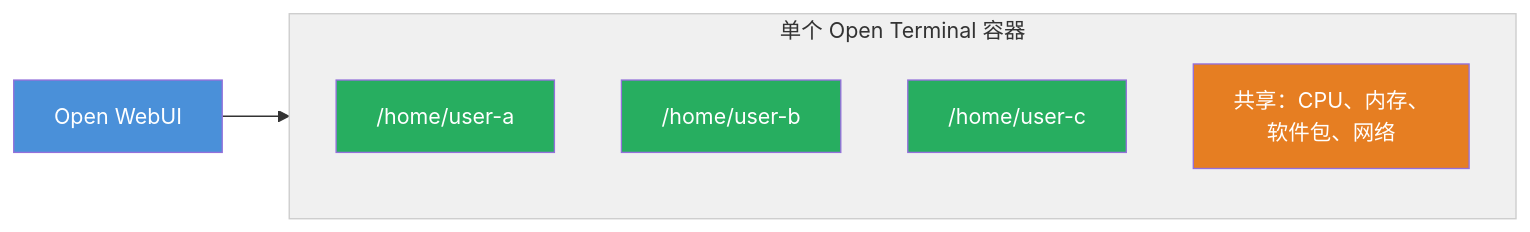
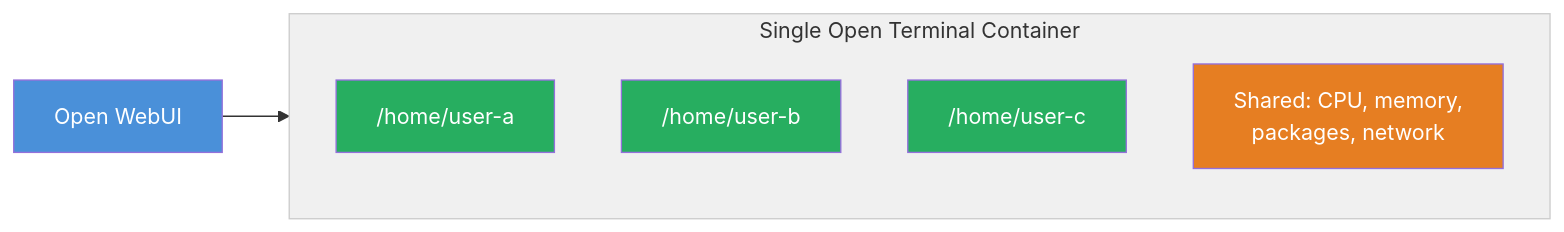
The first of 2 diagrams in zh-cn/docs/features/open-terminal/advanced/multi-user.md (SMYQH/openwebuidocs), drawn with Mermaid before and after one commit. The commit also changed other lines of this file and 116 other files, not shown here.

````diff
--- a/zh-cn/docs/features/open-terminal/advanced/multi-user.md
+++ b/zh-cn/docs/features/open-terminal/advanced/multi-user.md
@@ -69,21 +73,21 @@
 ```mermaid
 flowchart LR
     OW["Open WebUI"]
 
-    subgraph container ["单个 Open Terminal 容器"]
+    subgraph container ["Single Open Terminal Container"]
         direction TB
         UA["/home/user-a"]
         UB["/home/user-b"]
         UC["/home/user-c"]
-        SH["共享：CPU、内存、<br/>软件包、网络"]
+        SH["Shared: CPU, memory,<br/>packages, network"]
     end
 
     OW --> container
 
     style OW fill:#4a90d9,color:#fff
     style UA fill:#27ae60,color:#fff
     style UB fill:#27ae60,color:#fff
     style UC fill:#27ae60,color:#fff
     style SH fill:#e67e22,color:#fff
     style container fill:#f0f0f0,stroke:#ccc
 ```
````
